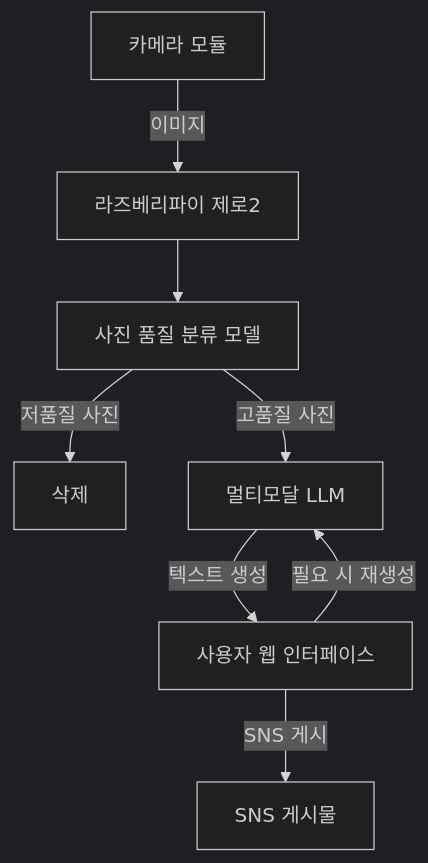
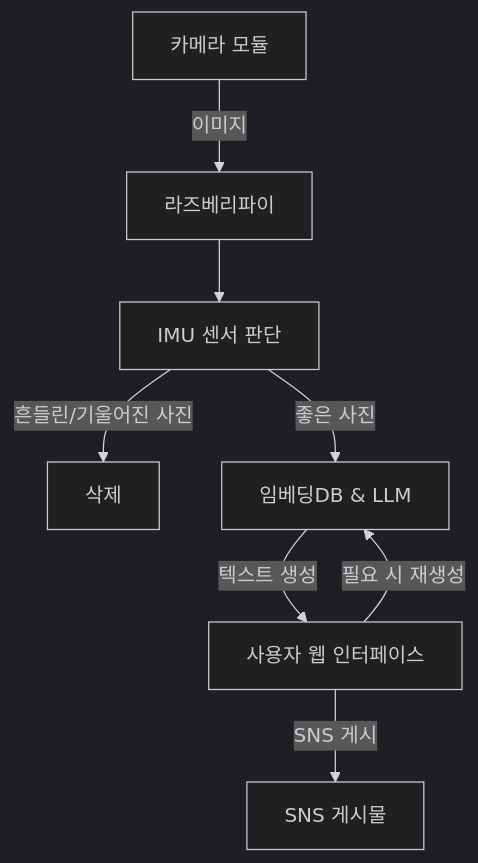
The diagram in README.md (NooriDoori/cam), drawn with Mermaid (dark theme) before and after one commit. The commit also changed other lines of this file, not shown here.

````diff
--- a/README.md
+++ b/README.md
@@ -33,10 +35,10 @@
 ```mermaid
 graph TD
-    A[카메라 모듈] --이미지--> B[라즈베리파이 제로2] --> F[사진 품질 분류 모델]
-    F -- 저품질 사진 --> Z[삭제]
-    F -->|고품질 사진| C[멀티모달 LLM]
+    A[카메라 모듈] --이미지--> B[라즈베리파이] --> F[IMU 센서 판단]
+    F -- 흔들린/기울어진 사진 --> Z[삭제]
+    F -->|좋은 사진| C[ 임베딩DB & LLM]
     C -->|텍스트 생성| D[사용자 웹 인터페이스]
     D -- 필요 시 재생성 --> C
     D -->|SNS 게시| E[SNS 게시물]
 
 ```
````
